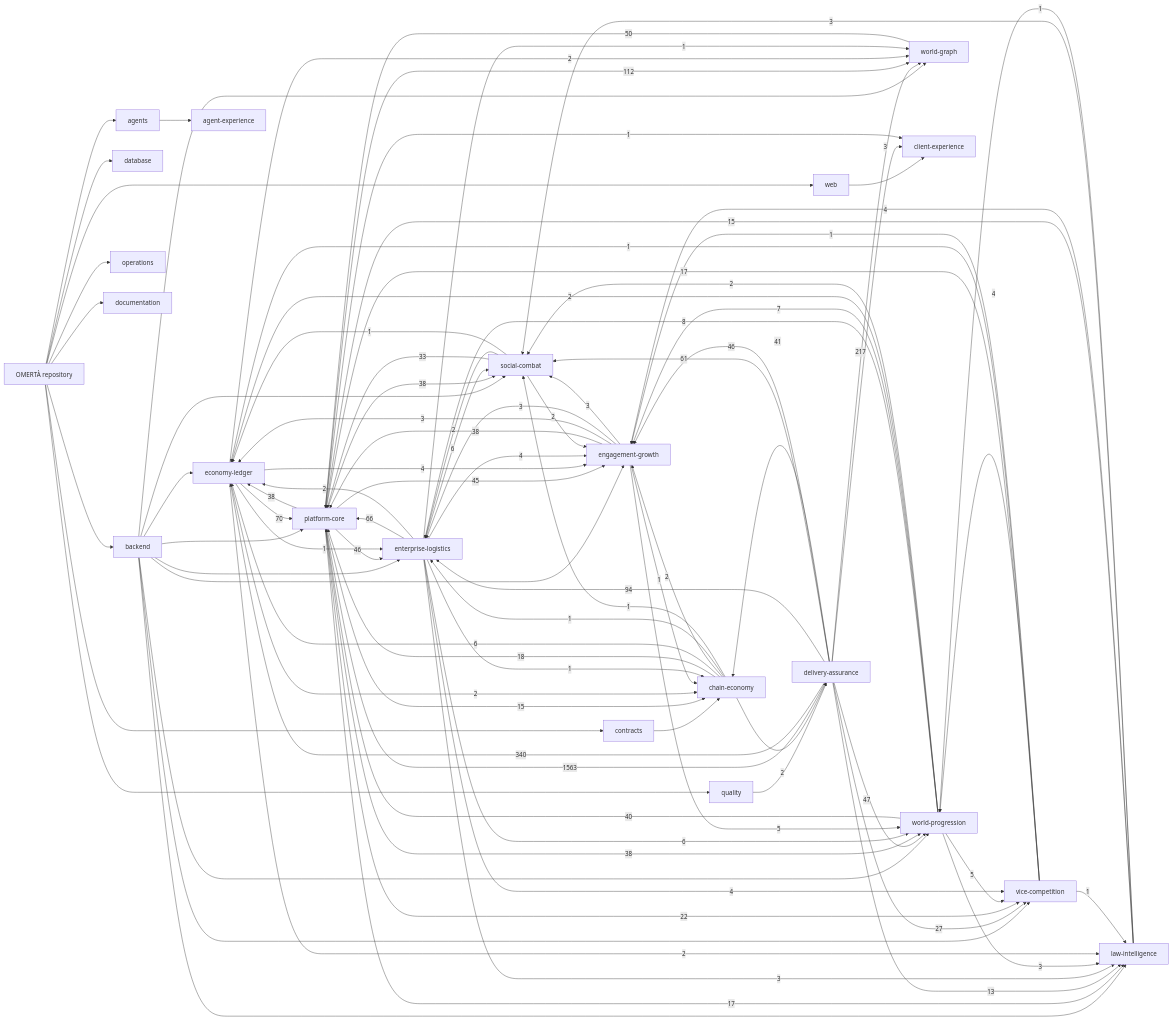
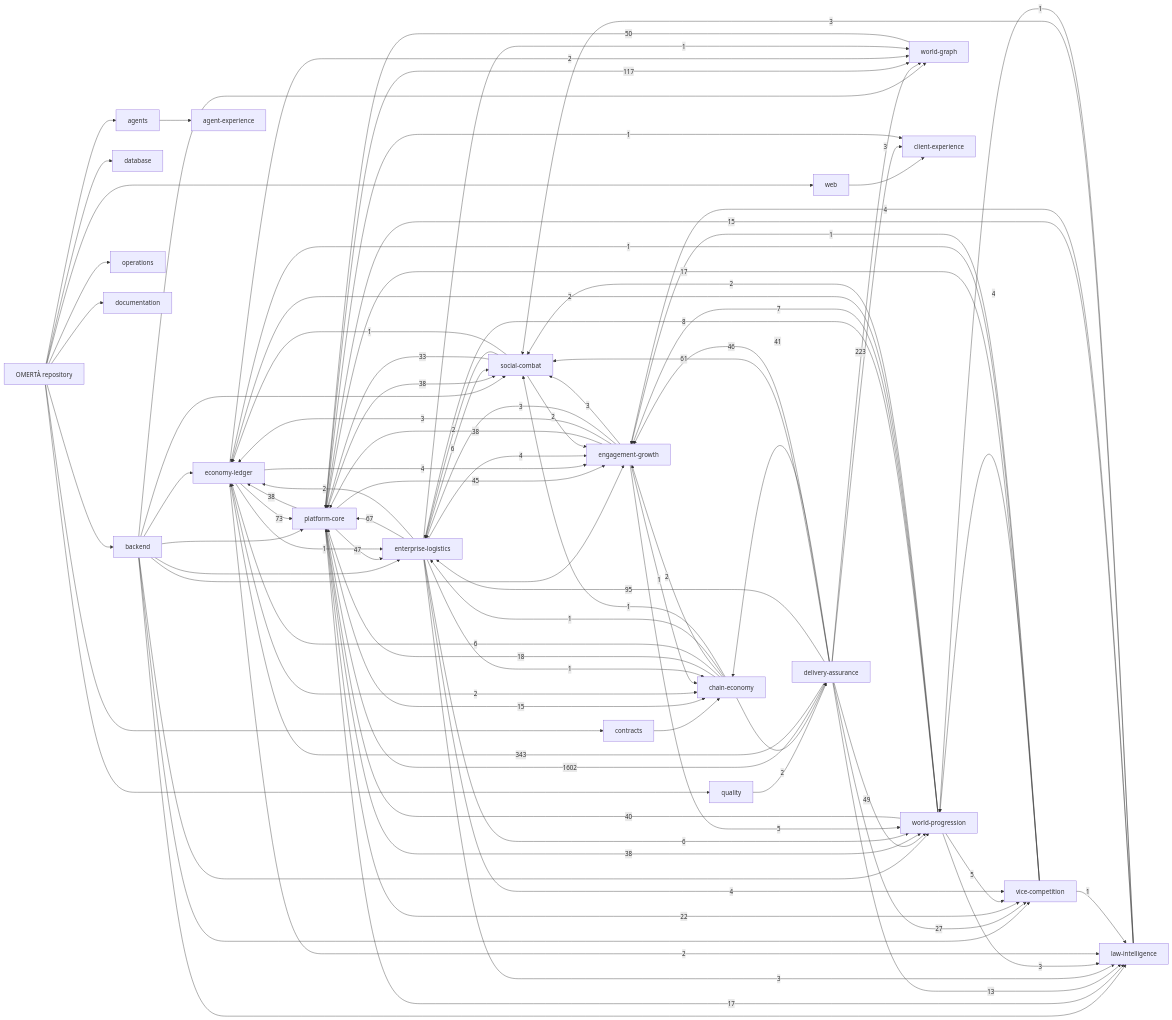
The diagram in knowledge/generated/graph.mmd (OmertaDev/Omerta), drawn with Mermaid before and after one commit. The commit also changed 5 other files, not shown here.

```diff
--- a/knowledge/generated/graph.mmd
+++ b/knowledge/generated/graph.mmd
@@ -1,113 +1,113 @@
 flowchart LR
   repo["OMERTÀ repository"]
   sub_backend["backend"]
   repo --> sub_backend
   sub_database["database"]
   repo --> sub_database
   sub_web["web"]
   repo --> sub_web
   sub_contracts["contracts"]
   repo --> sub_contracts
   sub_agents["agents"]
   repo --> sub_agents
   sub_quality["quality"]
   repo --> sub_quality
   sub_operations["operations"]
   repo --> sub_operations
   sub_documentation["documentation"]
   repo --> sub_documentation
   dom_platform-core["platform-core"]
   dom_economy-ledger["economy-ledger"]
   dom_social-combat["social-combat"]
   dom_world-progression["world-progression"]
   dom_world-graph["world-graph"]
   dom_enterprise-logistics["enterprise-logistics"]
   dom_vice-competition["vice-competition"]
   dom_law-intelligence["law-intelligence"]
   dom_chain-economy["chain-economy"]
   dom_engagement-growth["engagement-growth"]
   dom_client-experience["client-experience"]
   dom_agent-experience["agent-experience"]
   dom_delivery-assurance["delivery-assurance"]
   sub_agents --> dom_agent-experience
   sub_backend --> dom_economy-ledger
   sub_backend --> dom_engagement-growth
   sub_backend --> dom_enterprise-logistics
   sub_backend --> dom_law-intelligence
   sub_backend --> dom_platform-core
   sub_backend --> dom_social-combat
   sub_backend --> dom_vice-competition
   sub_backend --> dom_world-graph
   sub_backend --> dom_world-progression
   sub_contracts --> dom_chain-economy
   sub_quality --> dom_delivery-assurance
   sub_web --> dom_client-experience
-  dom_delivery-assurance -->|1563| dom_platform-core
-  dom_delivery-assurance -->|340| dom_economy-ledger
-  dom_delivery-assurance -->|217| dom_world-graph
-  dom_platform-core -->|112| dom_world-graph
-  dom_delivery-assurance -->|94| dom_enterprise-logistics
-  dom_economy-ledger -->|70| dom_platform-core
-  dom_enterprise-logistics -->|66| dom_platform-core
+  dom_delivery-assurance -->|1602| dom_platform-core
+  dom_delivery-assurance -->|343| dom_economy-ledger
+  dom_delivery-assurance -->|223| dom_world-graph
+  dom_platform-core -->|117| dom_world-graph
+  dom_delivery-assurance -->|95| dom_enterprise-logistics
+  dom_economy-ledger -->|73| dom_platform-core
+  dom_enterprise-logistics -->|67| dom_platform-core
   dom_delivery-assurance -->|61| dom_social-combat
   dom_world-graph -->|50| dom_platform-core
-  dom_delivery-assurance -->|47| dom_world-progression
+  dom_delivery-assurance -->|49| dom_world-progression
+  dom_platform-core -->|47| dom_enterprise-logistics
   dom_delivery-assurance -->|46| dom_engagement-growth
-  dom_platform-core -->|46| dom_enterprise-logistics
   dom_platform-core -->|45| dom_engagement-growth
   dom_delivery-assurance -->|41| dom_chain-economy
   dom_world-progression -->|40| dom_platform-core
   dom_engagement-growth -->|38| dom_platform-core
   dom_platform-core -->|38| dom_economy-ledger
   dom_platform-core -->|38| dom_social-combat
   dom_platform-core -->|38| dom_world-progression
   dom_social-combat -->|33| dom_platform-core
   dom_delivery-assurance -->|27| dom_vice-competition
   dom_platform-core -->|22| dom_vice-competition
   dom_chain-economy -->|18| dom_platform-core
   dom_platform-core -->|17| dom_law-intelligence
   dom_vice-competition -->|17| dom_platform-core
   dom_law-intelligence -->|15| dom_platform-core
   dom_platform-core -->|15| dom_chain-economy
   dom_delivery-assurance -->|13| dom_law-intelligence
   dom_world-progression -->|8| dom_enterprise-logistics
   dom_world-progression -->|7| dom_engagement-growth
   dom_chain-economy -->|6| dom_economy-ledger
   dom_enterprise-logistics -->|6| dom_social-combat
   dom_enterprise-logistics -->|6| dom_world-progression
   dom_engagement-growth -->|5| dom_world-progression
   dom_world-progression -->|5| dom_vice-competition
   dom_economy-ledger -->|4| dom_engagement-growth
   dom_enterprise-logistics -->|4| dom_engagement-growth
   dom_enterprise-logistics -->|4| dom_vice-competition
   dom_law-intelligence -->|4| dom_engagement-growth
   dom_vice-competition -->|4| dom_world-progression
   dom_delivery-assurance -->|3| dom_client-experience
   dom_engagement-growth -->|3| dom_economy-ledger
   dom_engagement-growth -->|3| dom_enterprise-logistics
   dom_engagement-growth -->|3| dom_social-combat
   dom_enterprise-logistics -->|3| dom_law-intelligence
   dom_law-intelligence -->|3| dom_social-combat
   dom_world-progression -->|3| dom_law-intelligence
   dom_chain-economy -->|2| dom_delivery-assurance
   dom_chain-economy -->|2| dom_engagement-growth
   dom_economy-ledger -->|2| dom_chain-economy
   dom_economy-ledger -->|2| dom_law-intelligence
   dom_economy-ledger -->|2| dom_world-graph
   dom_enterprise-logistics -->|2| dom_economy-ledger
   dom_social-combat -->|2| dom_engagement-growth
   dom_social-combat -->|2| dom_enterprise-logistics
   dom_world-progression -->|2| dom_economy-ledger
   dom_world-progression -->|2| dom_social-combat
   dom_chain-economy -->|1| dom_enterprise-logistics
   dom_chain-economy -->|1| dom_social-combat
   dom_economy-ledger -->|1| dom_enterprise-logistics
   dom_engagement-growth -->|1| dom_chain-economy
   dom_enterprise-logistics -->|1| dom_chain-economy
   dom_enterprise-logistics -->|1| dom_world-graph
   dom_law-intelligence -->|1| dom_world-progression
   dom_platform-core -->|1| dom_client-experience
   dom_social-combat -->|1| dom_economy-ledger
   dom_vice-competition -->|1| dom_economy-ledger
   dom_vice-competition -->|1| dom_engagement-growth
   dom_vice-competition -->|1| dom_law-intelligence
```
